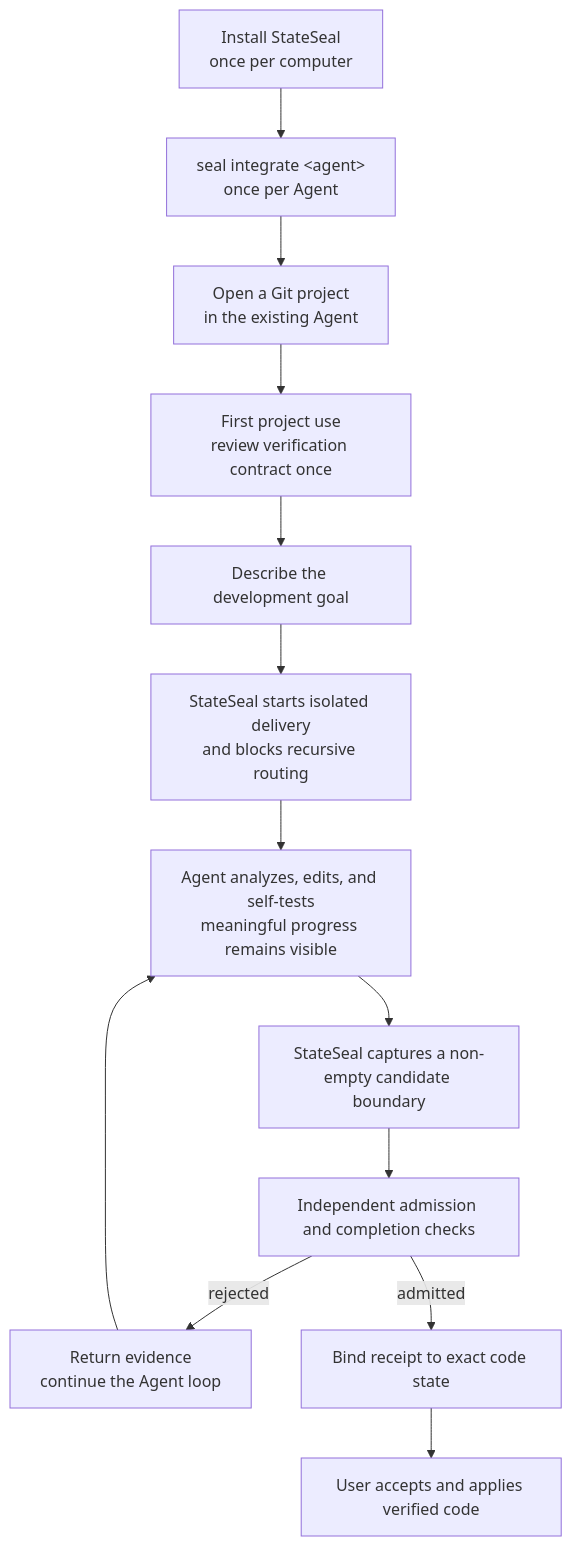
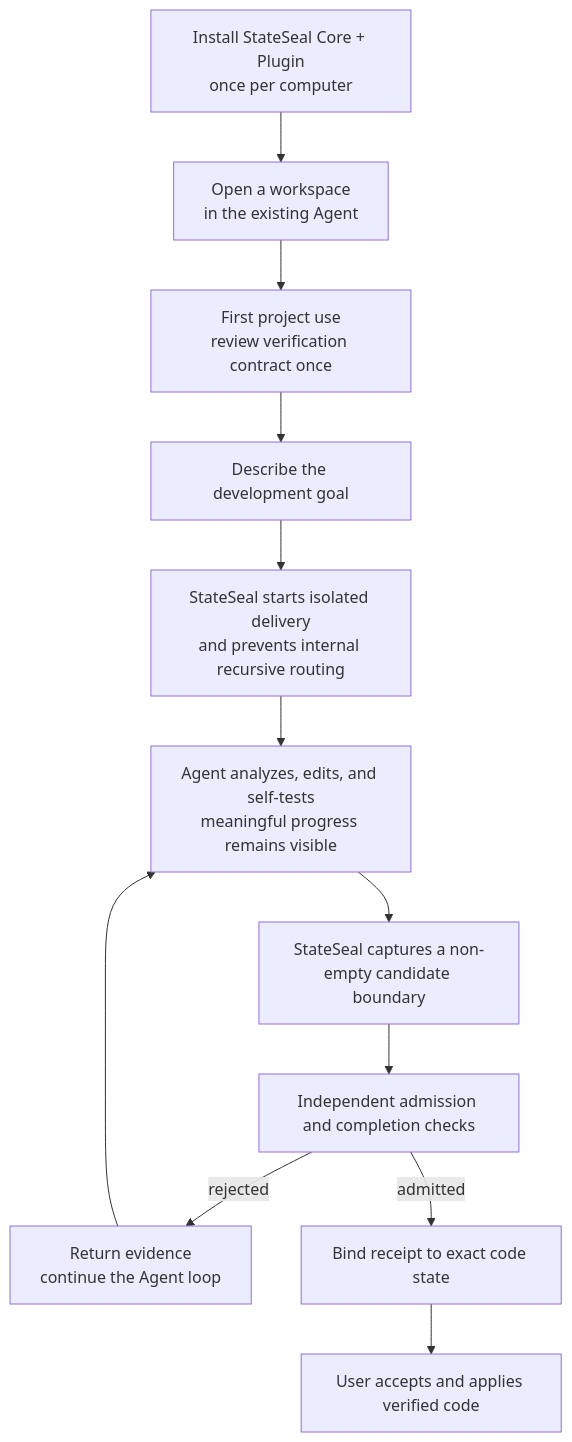
Before and after one commit to hellogxp/stateseal: the first of 2 diagrams in docs/product-map.md, drawn with Mermaid. The commit also changed other lines of this file and 39 other files, not shown here.

````diff
--- a/docs/product-map.md
+++ b/docs/product-map.md
@@ -10,15 +10,14 @@
 ```mermaid
 flowchart TD
-    A["Install StateSeal<br/>once per computer"] --> B["seal integrate &lt;agent&gt;<br/>once per Agent"]
-    B --> C["Open a Git project<br/>in the existing Agent"]
+    A["Install StateSeal Core + Plugin<br/>once per computer"] --> C["Open a workspace<br/>in the existing Agent"]
     C --> D["First project use<br/>review verification contract once"]
     D --> E["Describe the development goal"]
-    E --> F["StateSeal starts isolated delivery<br/>and blocks recursive routing"]
+    E --> F["StateSeal starts isolated delivery<br/>and prevents internal recursive routing"]
     F --> F2["Agent analyzes, edits, and self-tests<br/>meaningful progress remains visible"]
     F2 --> G["StateSeal captures a non-empty candidate boundary"]
     G --> H["Independent admission and completion checks"]
     H -->|rejected| I["Return evidence<br/>continue the Agent loop"]
     I --> F2
     H -->|admitted| J["Bind receipt to exact code state"]
     J --> K["User accepts and applies verified code"]
 ```
````
